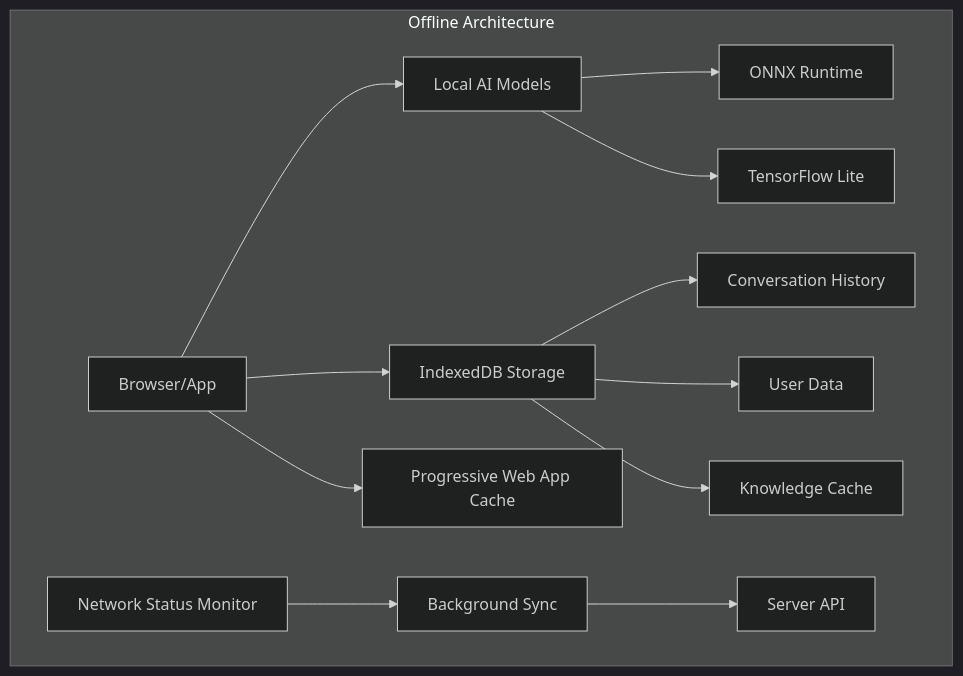
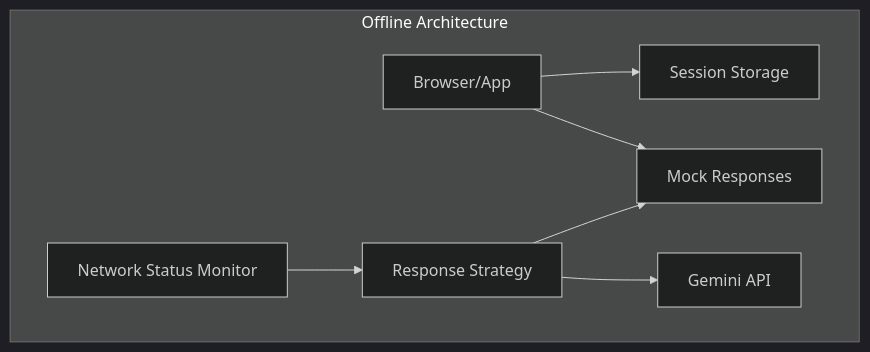
Before and after one commit to jaffarkeikei/kwecare-bridge-health: the fourth of 5 diagrams in docs/ai-assistant.md, drawn with Mermaid (dark theme). The commit also changed other lines of this file and 2 other files, not shown here.

Commit message:
Update documentation to reflect actual implementation: AI Doctor and Assistant using Google Gemini instead of OpenAI GPT-4, simplified offline capabilities, and clarified data management technologies

````diff
--- a/docs/ai-assistant.md
+++ b/docs/ai-assistant.md
@@ -179,18 +177,11 @@
 ```mermaid
 graph TD
     subgraph "Offline Architecture"
-        Browser[Browser/App] --> LocalModels[Local AI Models]
-        Browser --> IndexedDB[IndexedDB Storage]
-        Browser --> PWA[Progressive Web App Cache]
+        Browser[Browser/App] --> LocalStorage[Session Storage]
+        Browser --> MockResponses[Mock Responses]
         
-        LocalModels --> ONNX[ONNX Runtime]
-        LocalModels --> TFLite[TensorFlow Lite]
-        
-        IndexedDB --> ConvHistory[Conversation History]
-        IndexedDB --> UserData[User Data]
-        IndexedDB --> KnowledgeCache[Knowledge Cache]
-        
-        SyncManager[Background Sync] --> API[Server API]
-        NetworkStatus[Network Status Monitor] --> SyncManager
+        NetworkStatus[Network Status Monitor] --> ResponseStrategy[Response Strategy]
+        ResponseStrategy --> API[Gemini API]
+        ResponseStrategy --> MockResponses
     end
 ```
````
